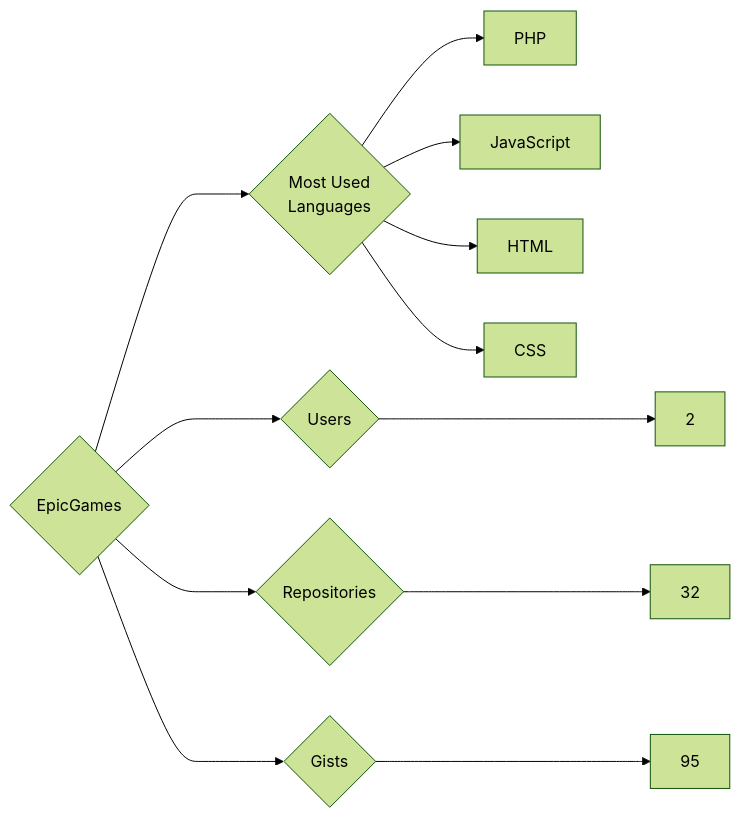
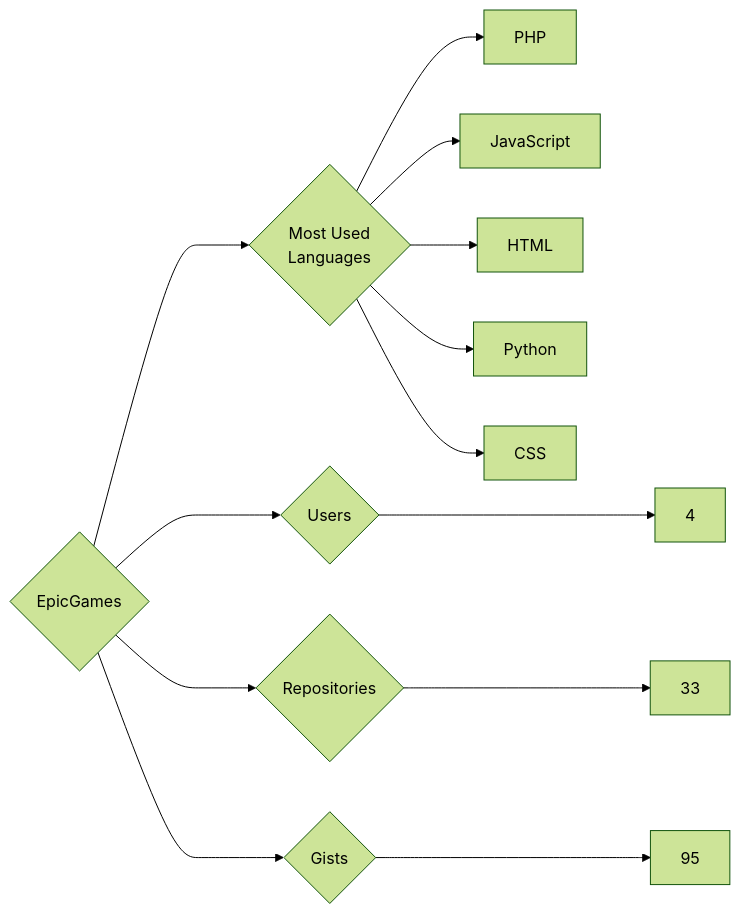
Before and after one commit to trickest/insiders: the diagram in targets/EpicGames/README.md, drawn with Mermaid (forest theme). The commit also changed 1089 other files, not shown here.

````diff
--- a/targets/EpicGames/README.md
+++ b/targets/EpicGames/README.md
@@ -3,12 +3,13 @@
 ```mermaid
 graph LR
 COMPANY_NAME{EpicGames}
-COMPANY_NAME ---> U{Users} ---> UN[2]
-COMPANY_NAME ---> R{Repositories} ---> RN[32]
+COMPANY_NAME ---> U{Users} ---> UN[4]
+COMPANY_NAME ---> R{Repositories} ---> RN[33]
 COMPANY_NAME ---> G{Gists} ---> GN[95]
 COMPANY_NAME ---> ML{Most Used<br>Languages}
 ML --> PHP[PHP]
 ML --> JavaScript[JavaScript]
 ML --> HTML[HTML]
+ML --> Python[Python]
 ML --> CSS[CSS]
 ```
````
